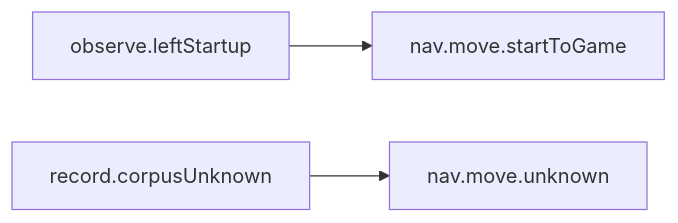
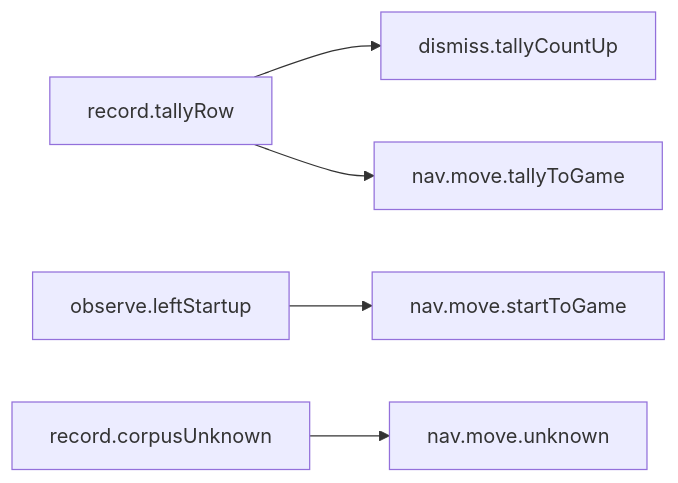
One commit to TsumTsumScripts/tsum-tsum-script changed the second of 3 diagrams in app.gap.Tsum/PAGE_DISPATCH.md. Above: the diagram before and after it, drawn with Mermaid. The commit also changed other lines of this file and 80 other files, not shown here.

````diff
--- a/app.gap.Tsum/PAGE_DISPATCH.md
+++ b/app.gap.Tsum/PAGE_DISPATCH.md
@@ -135,5 +141,7 @@
 ```mermaid
 flowchart LR
+  record_tallyRow["record.tallyRow"] --> dismiss_tallyCountUp["dismiss.tallyCountUp"]
+  record_tallyRow["record.tallyRow"] --> nav_move_tallyToGame["nav.move.tallyToGame"]
   observe_leftStartup["observe.leftStartup"] --> nav_move_startToGame["nav.move.startToGame"]
   record_corpusUnknown["record.corpusUnknown"] --> nav_move_unknown["nav.move.unknown"]
 ```
````
